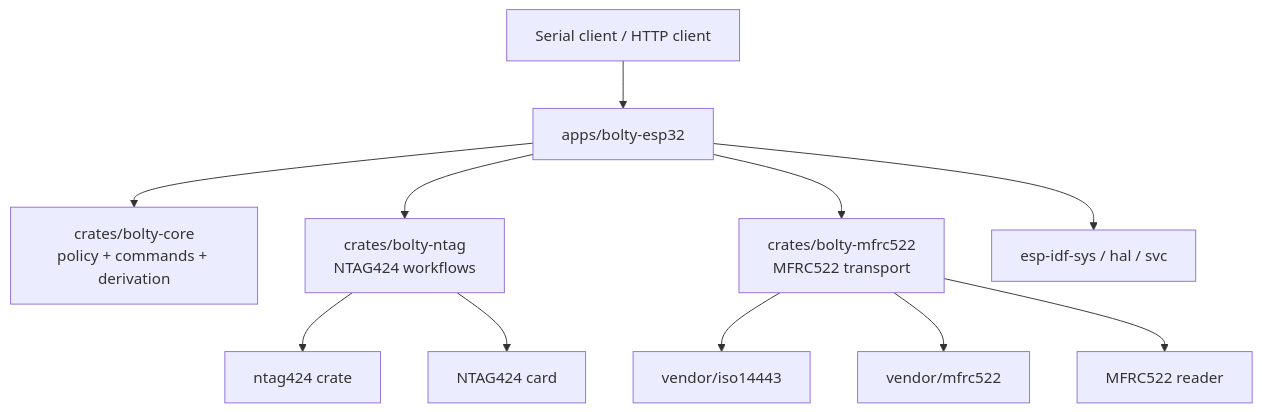
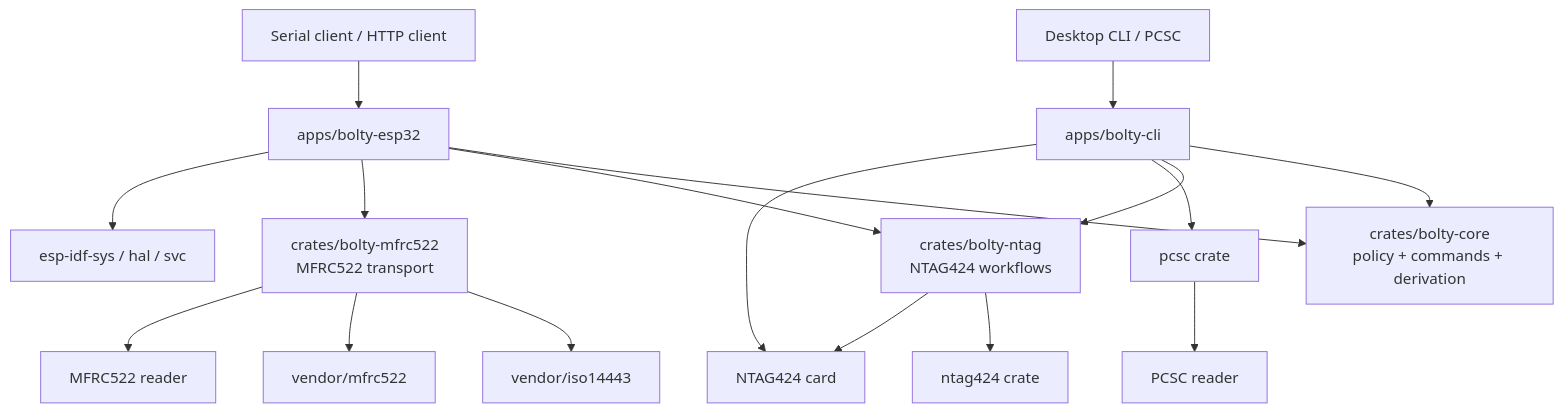
One commit to Amperstrand/bolty-rs changed the diagram in README.md. Above: the diagram before and after it, drawn with Mermaid. The commit also changed other lines of this file, not shown here.

First line of the commit message:
docs: update README to include bolty-cli and dual-target design

````diff
--- a/README.md
+++ b/README.md
@@ -14,13 +16,19 @@
 ```mermaid
 flowchart TD
     host[Serial client / HTTP client] --> app[apps/bolty-esp32]
+    cli[Desktop CLI / PCSC] --> cliapp[apps/bolty-cli]
     app --> core[crates/bolty-core\npolicy + commands + derivation]
     app --> ntag[crates/bolty-ntag\nNTAG424 workflows]
     app --> mfrc[crates/bolty-mfrc522\nMFRC522 transport]
     app --> idf[esp-idf-sys / hal / svc]
+    cliapp --> core
+    cliapp --> ntag
+    cliapp --> pcsc[pcsc crate]
     ntag --> ntag424[ntag424 crate]
     mfrc --> iso[vendor/iso14443]
     mfrc --> raw[vendor/mfrc522]
     mfrc --> card[MFRC522 reader]
     ntag --> boltcard[NTAG424 card]
+    pcsc --> creader[PCSC reader]
+    cliapp --> boltcard
 ```
````
